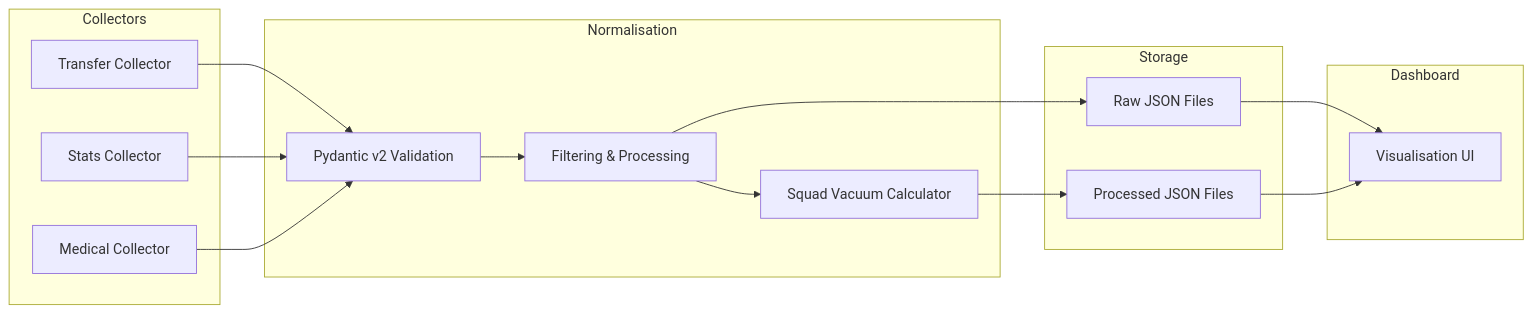
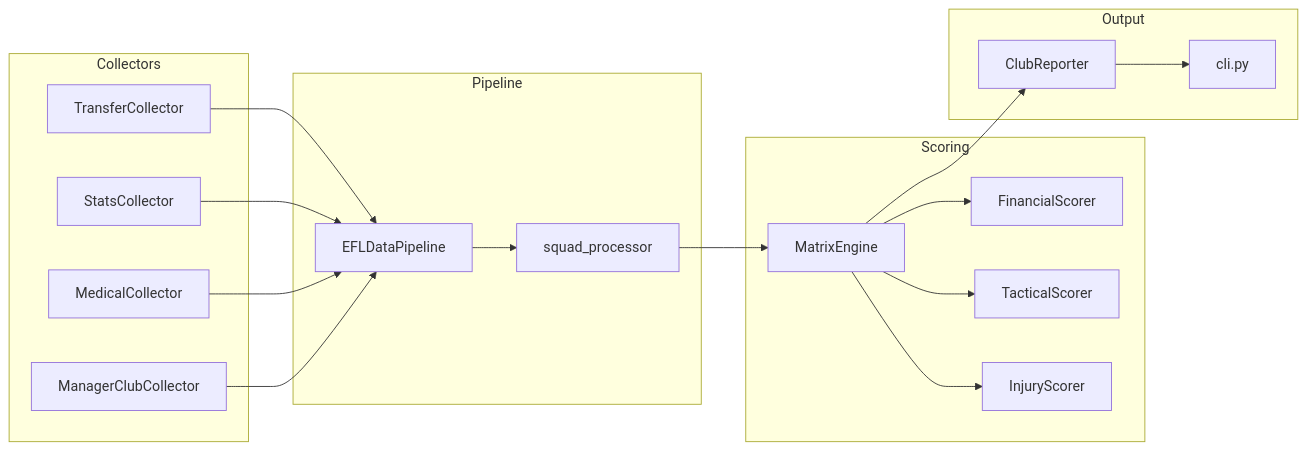
The diagram in README.md (Mmorami/Sports-Club-Assessor), drawn with Mermaid before and after one commit. The commit also changed other lines of this file and 1 other file, not shown here.

````diff
--- a/README.md
+++ b/README.md
@@ -20,33 +20,38 @@
 ```mermaid
 flowchart LR
     subgraph Collectors
-        TC[Transfer Collector]
-        SC[Stats Collector]
-        MC[Medical Collector]
+        TC[TransferCollector]
+        SC[StatsCollector]
+        MC[MedicalCollector]
+        GC[ManagerClubCollector]
     end
 
-    subgraph Normalisation
-        VM[Pydantic v2 Validation]
-        FL[Filtering & Processing]
-        SV[Squad Vacuum Calculator]
+    subgraph Pipeline
+        EP[EFLDataPipeline]
+        SP[squad_processor]
     end
 
-    subgraph Storage
-        RJ[Raw JSON Files]
-        PJ[Processed JSON Files]
+    subgraph Scoring
+        ME[MatrixEngine]
+        FS[FinancialScorer]
+        TS[TacticalScorer]
+        IS[InjuryScorer]
     end
 
-    subgraph Dashboard
-        UI[Visualisation UI]
+    subgraph Output
+        REP[ClubReporter]
+        CLI[cli.py]
     end
 
-    TC --> VM
-    SC --> VM
-    MC --> VM
-    VM --> FL
-    FL --> SV
-    FL --> RJ
-    SV --> PJ
-    RJ --> UI
-    PJ --> UI
+    TC --> EP
+    SC --> EP
+    MC --> EP
+    GC --> EP
+    EP --> SP
+    SP --> ME
+    ME --> FS
+    ME --> TS
+    ME --> IS
+    ME --> REP
+    REP --> CLI
 ```
````
